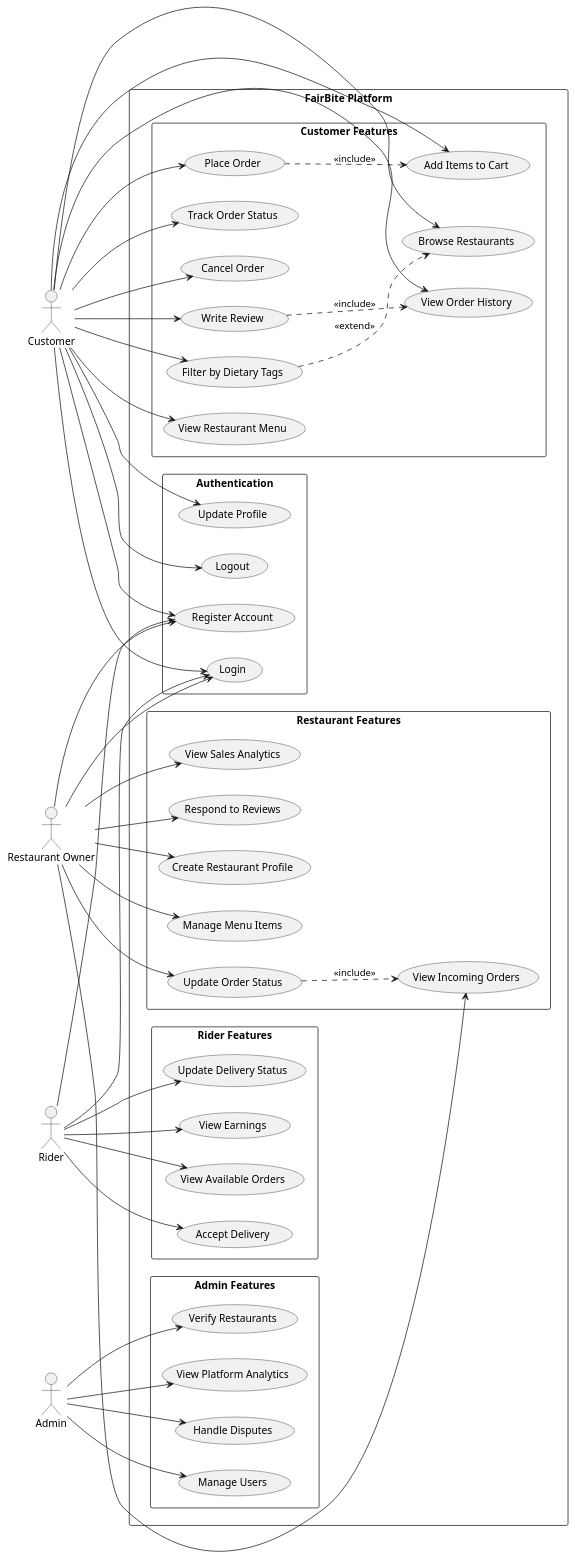
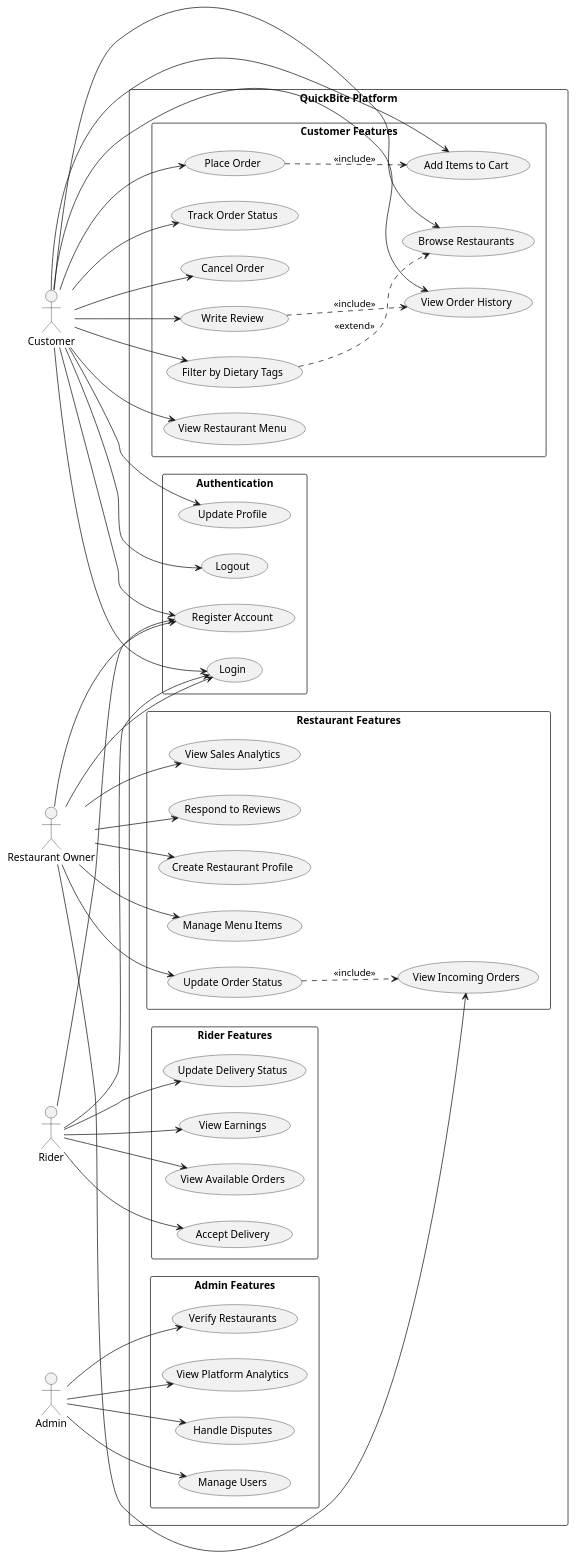
One commit to DevShehroz1/fairbite-food-delivery changed the first of 3 diagrams in docs/diagrams/uml/use-case-diagram.md. Above: the diagram before and after it, drawn with PlantUML. The commit also changed 45 other files, not shown here.

First line of the commit message:
Rebrand FairBite -> QuickBite across product, docs, and infra

````diff
--- a/docs/diagrams/uml/use-case-diagram.md
+++ b/docs/diagrams/uml/use-case-diagram.md
@@ -9,5 +9,5 @@
 ```plantuml
-@startuml FairBite-UseCases
+@startuml QuickBite-UseCases
 
 left to right direction
 skinparam packageStyle rectangle
@@ -17,7 +17,7 @@
 actor Rider
 actor Admin
 
-rectangle "FairBite Platform" {
+rectangle "QuickBite Platform" {
 
   package "Authentication" {
     usecase "Register Account" as UC1
````
